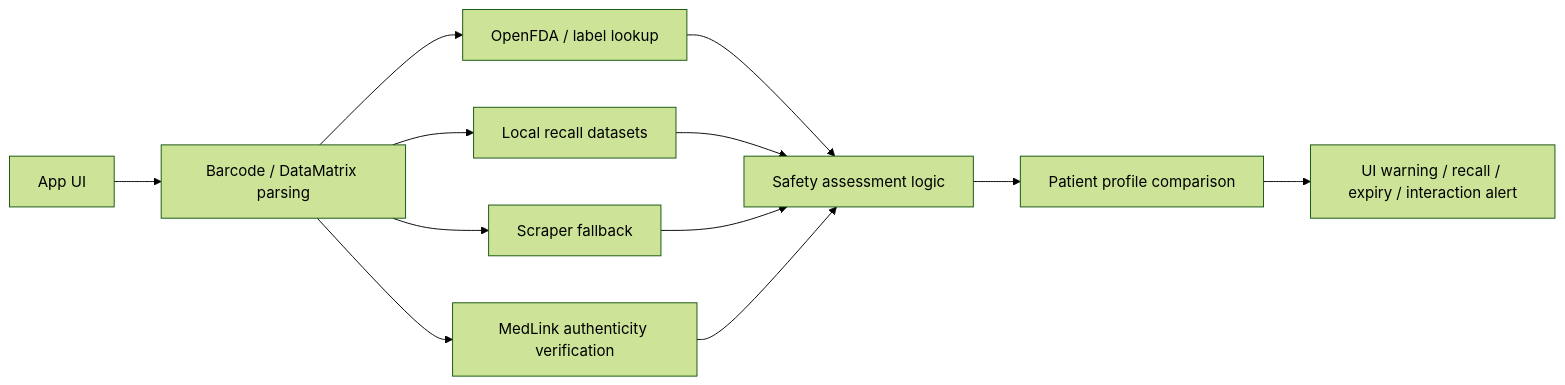
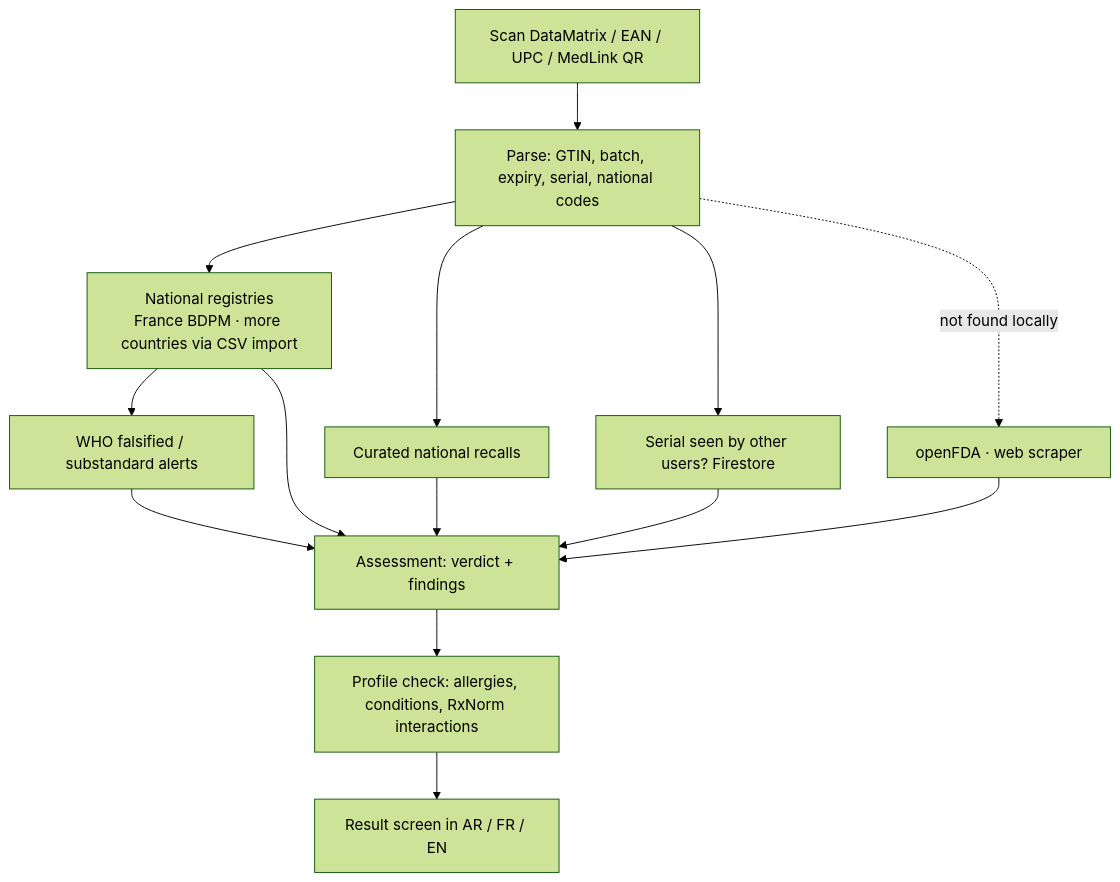
The diagram in README.md (DahSidiAbdallah/MedLinkMobile), drawn with Mermaid (forest theme) before and after one commit. The commit also changed other lines of this file and 9 other files, not shown here.

````diff
--- a/README.md
+++ b/README.md
@@ -92,14 +35,12 @@
 ```mermaid
-flowchart LR
-    A[App UI] --> B[Barcode / DataMatrix parsing]
-    B --> C[OpenFDA / label lookup]
-    B --> D[Local recall datasets]
-    B --> E[Scraper fallback]
-    B --> F[MedLink authenticity verification]
-    C --> G[Safety assessment logic]
-    D --> G
-    E --> G
-    F --> G
-    G --> H[Patient profile comparison]
-    H --> I[UI warning / recall / expiry / interaction alert]
+flowchart TD
+    A[Scan DataMatrix / EAN / UPC / MedLink QR] --> B[Parse: GTIN, batch, expiry, serial, national codes]
+    B --> C[National registries<br/>France BDPM · more countries via CSV import]
+    B --> D[Curated national recalls]
+    B --> E[Serial seen by other users? Firestore]
+    C --> F[WHO falsified / substandard alerts]
+    B -.not found locally.-> G[openFDA · web scraper]
+    C & D & E & F & G --> H[Assessment: verdict + findings]
+    H --> I[Profile check: allergies, conditions, RxNorm interactions]
+    I --> J[Result screen in AR / FR / EN]
 ```
````
